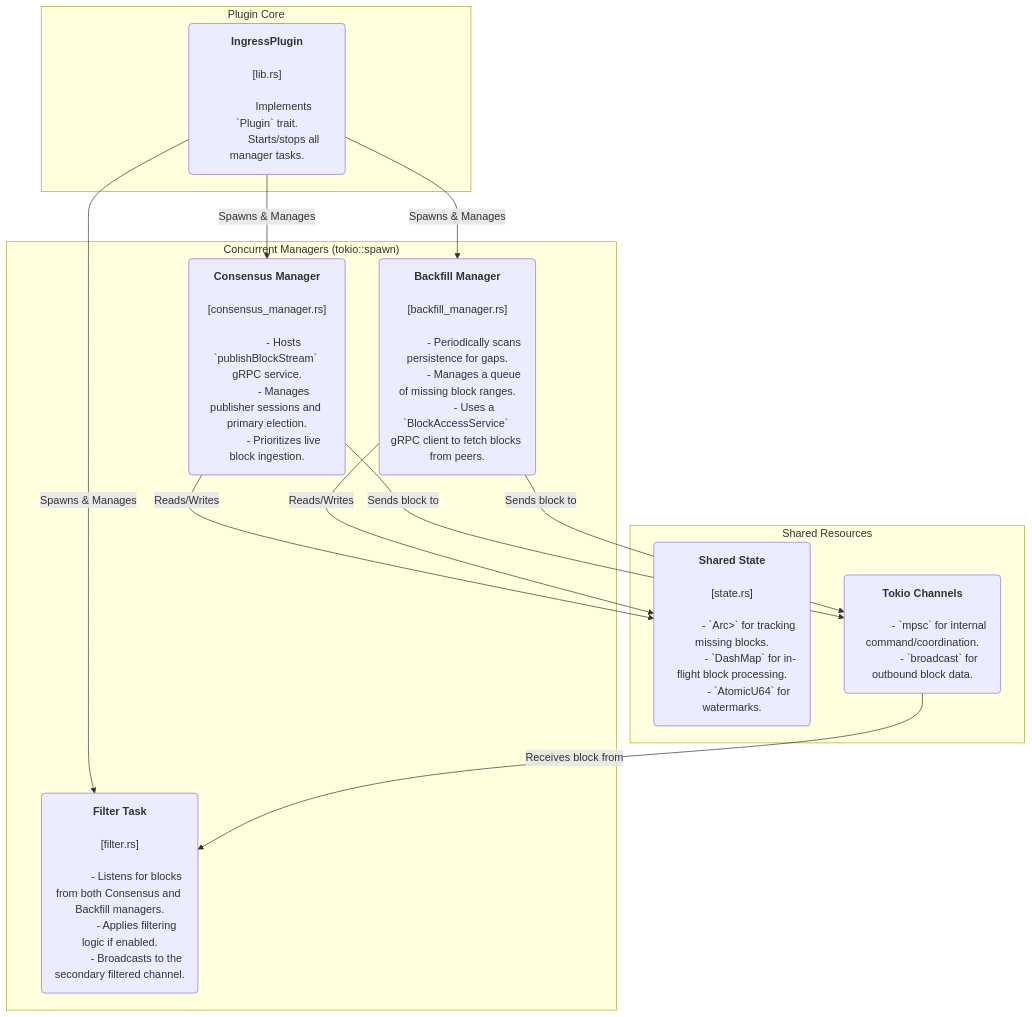
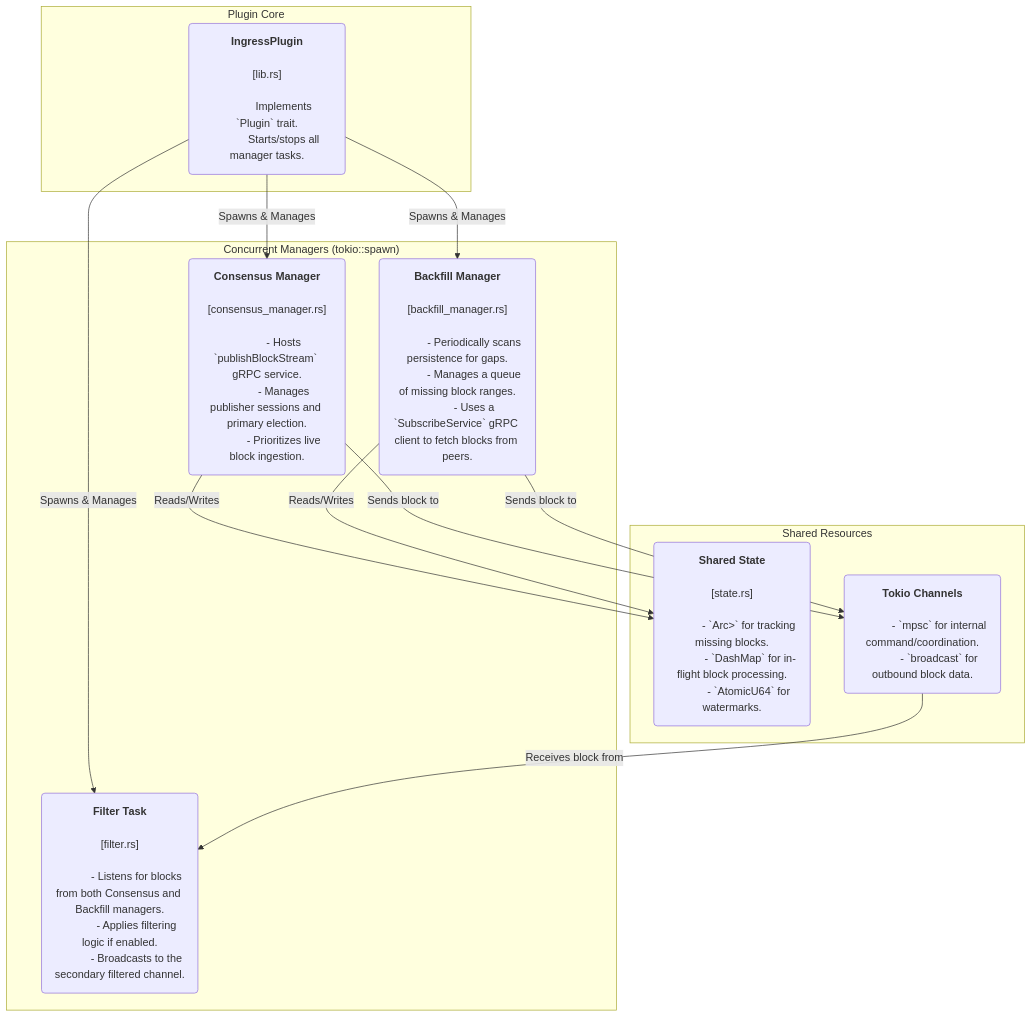
The second of 3 diagrams in docs/ingress/design-doc.md (LimeChain/Rock-Node), drawn with Mermaid before and after one commit. The commit also changed other lines of this file and 2 other files, not shown here.

Commit message:
fix diagram in design doc

````diff
--- a/docs/ingress/design-doc.md
+++ b/docs/ingress/design-doc.md
@@ -78,63 +78,63 @@
 ```mermaid
 graph TD
     subgraph "Plugin Core"
         IngressPluginStruct("
             <b>IngressPlugin</b>
             <br/>[lib.rs]<br/>
             Implements `Plugin` trait.
             Starts/stops all manager tasks.
         ")
     end
 
     subgraph "Concurrent Managers (tokio::spawn)"
         ConsensusManager("
             <b>Consensus Manager</b>
             <br/>[consensus_manager.rs]<br/>
             - Hosts `publishBlockStream` gRPC service.
             - Manages publisher sessions and primary election.
             - Prioritizes live block ingestion.
         ")
 
         BackfillManager("
             <b>Backfill Manager</b>
             <br/>[backfill_manager.rs]<br/>
             - Periodically scans persistence for gaps.
             - Manages a queue of missing block ranges.
-            - Uses a `BlockAccessService` gRPC client to fetch blocks from peers.
+            - Uses a `SubscribeService` gRPC client to fetch blocks from peers.
         ")
 
         FilterTask("
             <b>Filter Task</b>
             <br/>[filter.rs]<br/>
             - Listens for blocks from both Consensus and Backfill managers.
             - Applies filtering logic if enabled.
             - Broadcasts to the secondary filtered channel.
         ")
     end
 
     subgraph "Shared Resources"
         SharedState("
             <b>Shared State</b>
             <br/>[state.rs]<br/>
             - `Arc<Mutex<GapState>>` for tracking missing blocks.
             - `DashMap` for in-flight block processing.
             - `AtomicU64` for watermarks.
         ")
         Channels("
             <b>Tokio Channels</b><br/>
             - `mpsc` for internal command/coordination.
             - `broadcast` for outbound block data.
         ")
     end
 
     IngressPluginStruct -- "Spawns & Manages" --> ConsensusManager
     IngressPluginStruct -- "Spawns & Manages" --> BackfillManager
     IngressPluginStruct -- "Spawns & Manages" --> FilterTask
 
     ConsensusManager -- "Reads/Writes" --> SharedState
     BackfillManager -- "Reads/Writes" --> SharedState
 
     ConsensusManager -- "Sends block to" --> Channels
     BackfillManager -- "Sends block to" --> Channels
     Channels -- "Receives block from" --> FilterTask
 ```
````
